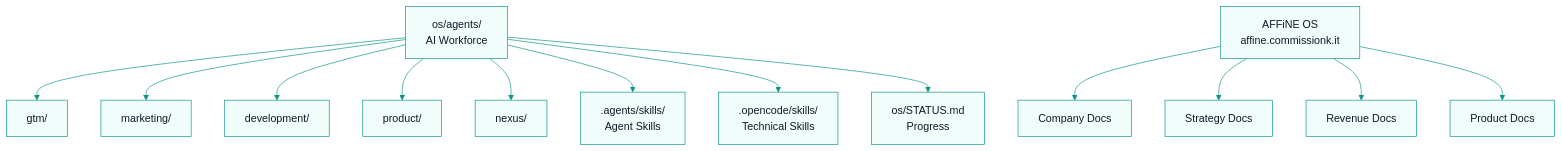
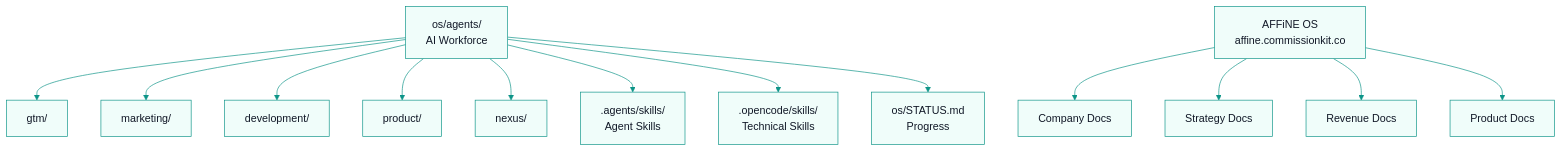
The first of 2 diagrams in os/README.md (kyrazolabs/CommissionKit), drawn with Mermaid before and after one commit. The commit also changed other lines of this file and 107 other files, not shown here.

Commit message:
chore: rename commissionk.it to commissionkit.co across all files

````diff
--- a/os/README.md
+++ b/os/README.md
@@ -46,16 +46,16 @@
 ```mermaid
 %%{init: {'theme': 'base', 'themeVariables': { 'primaryColor': '#F0FDFA', 'primaryTextColor': '#111827', 'primaryBorderColor': '#0D9488', 'lineColor': '#0D9488', 'secondaryColor': '#F3F4F6', 'tertiaryColor': '#FFFFFF' }}}%%
 graph TD
     AGENTS["os/agents/<br/>AI Workforce"] --> GTM["gtm/"]
     AGENTS --> MKT["marketing/"]
     AGENTS --> DEV["development/"]
     AGENTS --> PROD["product/"]
     AGENTS --> NEXUS["nexus/"]
     AGENTS --> SKILLS[".agents/skills/<br/>Agent Skills"]
     AGENTS --> TECHSKILLS[".opencode/skills/<br/>Technical Skills"]
     AGENTS --> STATUS["os/STATUS.md<br/>Progress"]
-    AFFINE["AFFiNE OS<br/>affine.commissionk.it"] --> COMPANY["Company Docs"]
+    AFFINE["AFFiNE OS<br/>affine.commissionkit.co"] --> COMPANY["Company Docs"]
     AFFINE --> STRATEGY["Strategy Docs"]
     AFFINE --> REVENUE["Revenue Docs"]
     AFFINE --> PRODUCT["Product Docs"]
 ```
````
